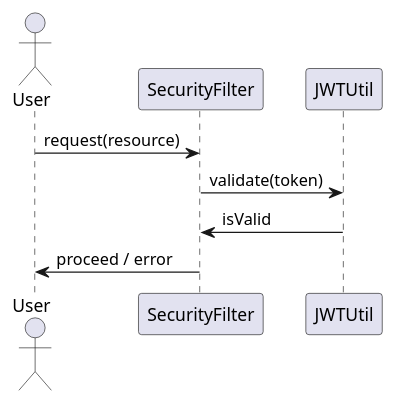
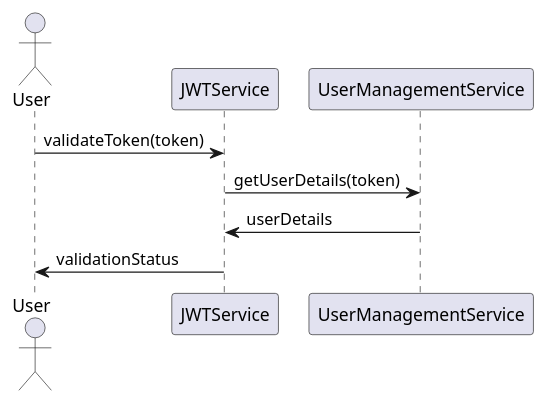
One commit to Dinesh-s95/AutoDoc.ai changed the third of 4 diagrams in usermanagement/documentation/detaileddesign.adoc. Above: the diagram before and after it, drawn with PlantUML. The commit also changed other lines of this file and 4 other files, not shown here.

```diff
--- a/usermanagement/documentation/detaileddesign.adoc
+++ b/usermanagement/documentation/detaileddesign.adoc
@@ -251,13 +157,13 @@
 [plantuml, jwt-validation-sequence, png]
 ----
 @startuml
 actor User
-participant "SecurityFilter" as Filter
-participant "JWTUtil" as JWT
+participant "JWTService" as JWT
+participant "UserManagementService" as Service
 
-User -> Filter : request(resource)
-Filter -> JWT : validate(token)
-JWT -> Filter : isValid
-Filter -> User : proceed / error
+User -> JWT : validateToken(token)
+JWT -> Service : getUserDetails(token)
+Service -> JWT : userDetails
+JWT -> User : validationStatus
 @enduml
 ----
```
